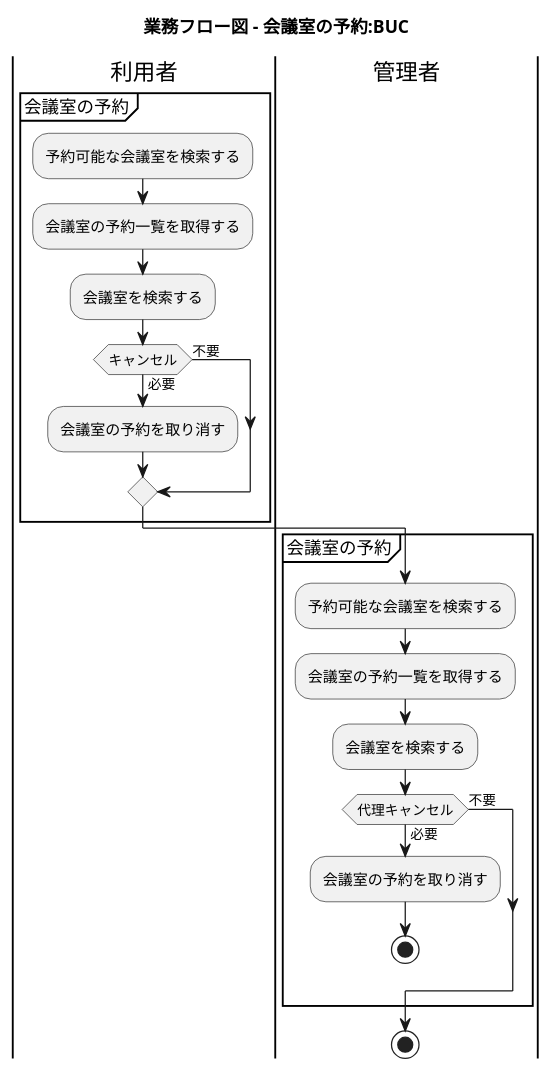
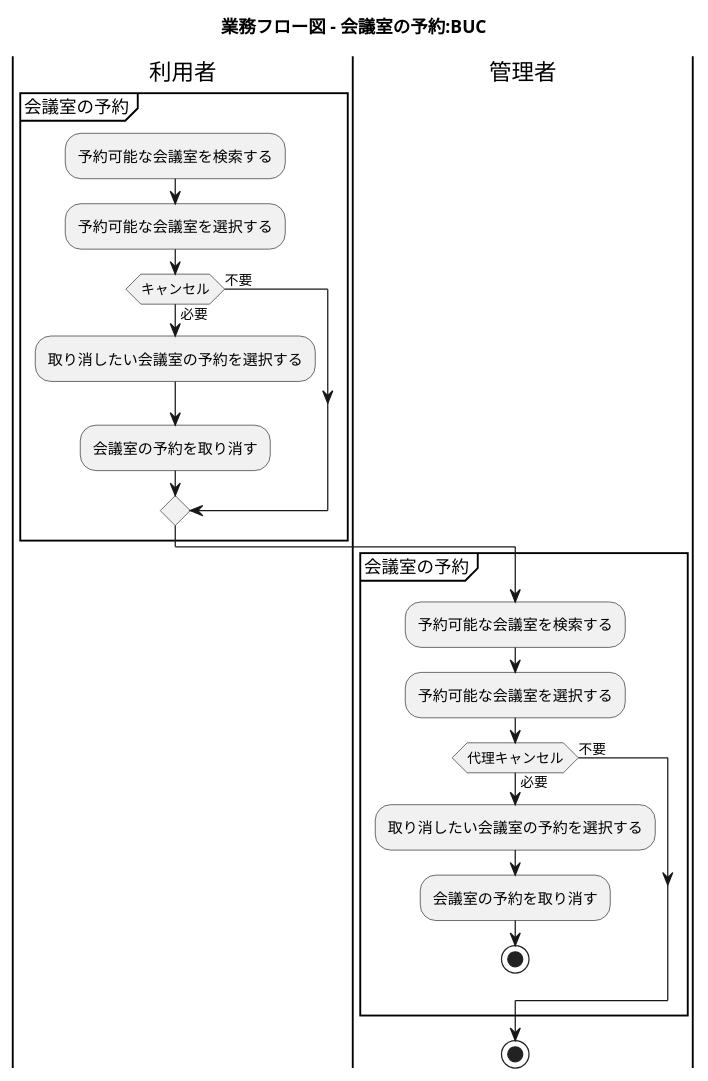
Before and after one commit to k2works/case-study-mrs: the sixth of 17 diagrams in docs/index.adoc, drawn with PlantUML. The commit also changed other lines of this file and 10 other files, not shown here.

```diff
--- a/docs/index.adoc
+++ b/docs/index.adoc
@@ -184,32 +184,32 @@
 [plantuml]
 ----
 @startuml
 
 title 業務フロー図 - 会議室の予約:BUC
 
 |利用者|
 partition 会議室の予約 {
   :予約可能な会議室を検索する;
-  :会議室の予約一覧を取得する;
-  :会議室を検索する;
+  :予約可能な会議室を選択する;
    if (キャンセル) then (必要)
+    :取り消したい会議室の予約を選択する;
     :会議室の予約を取り消す;
    else (不要)
    endif
 }
 
 |管理者|
 partition 会議室の予約 {
-   :予約可能な会議室を検索する;
-   :会議室の予約一覧を取得する;
-   :会議室を検索する;
+  :予約可能な会議室を検索する;
+  :予約可能な会議室を選択する;
    if (代理キャンセル) then (必要)
+    :取り消したい会議室の予約を選択する;
     :会議室の予約を取り消す;
    stop
    else (不要)
    endif
 }
 stop
 
 @enduml
 ----
```
